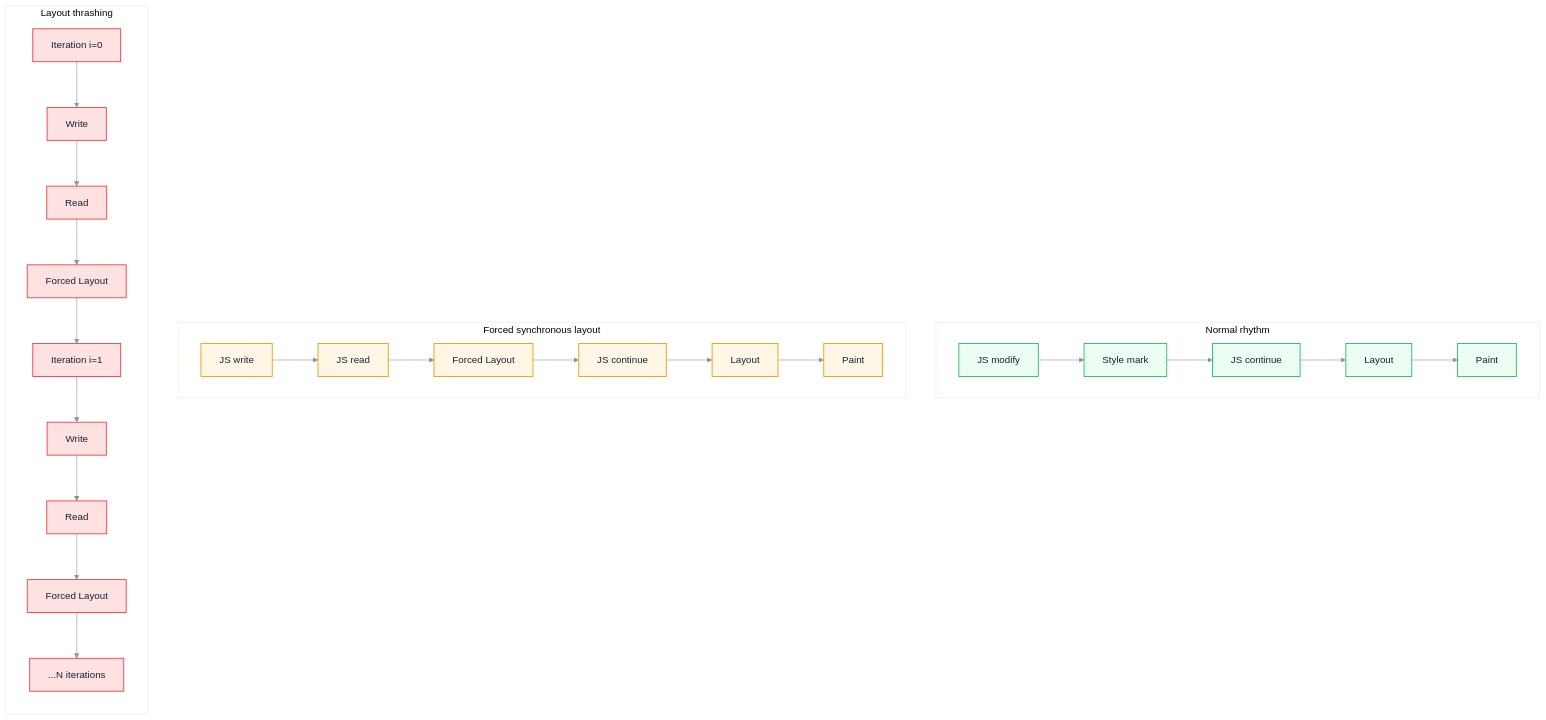
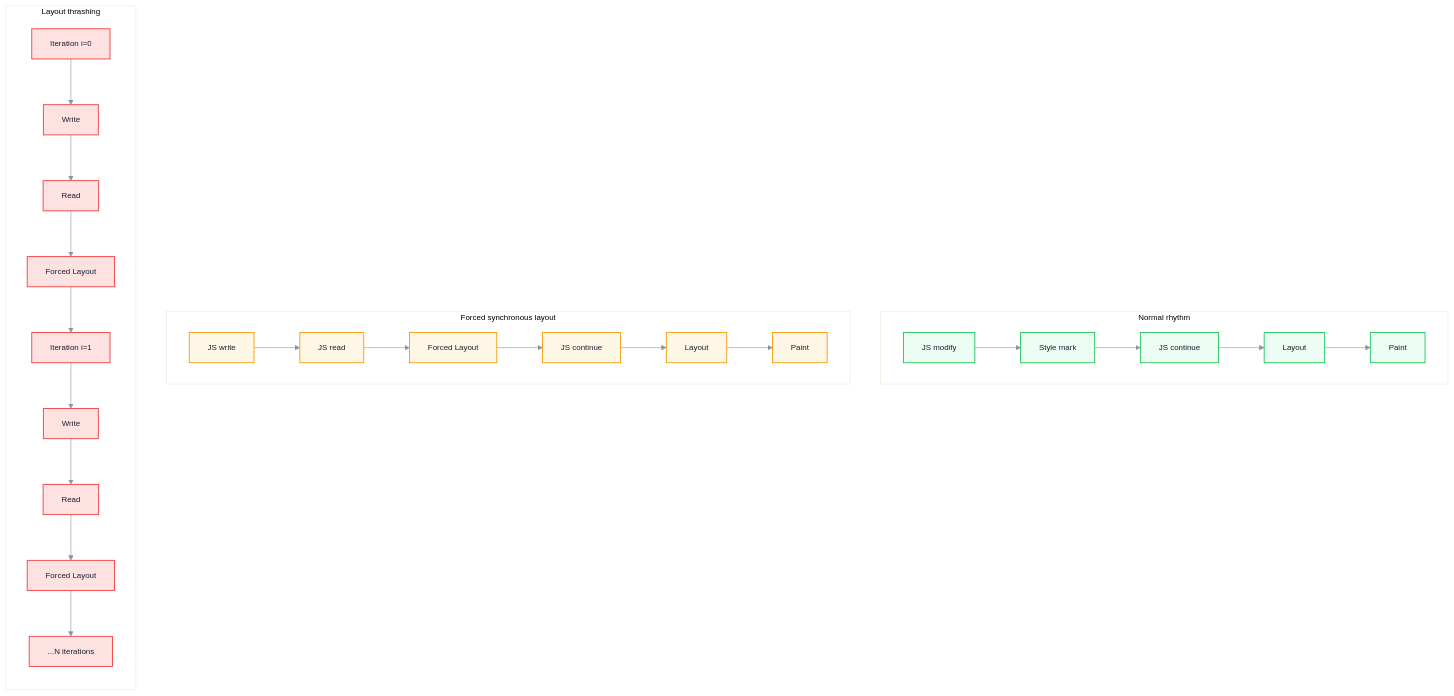
The first of 2 diagrams in docs/en/browser/layout-thrashing.md (Fatejian/frontier-vault), drawn with Mermaid before and after one commit. The commit also changed other lines of this file and 37 other files, not shown here.

````diff
--- a/docs/en/browser/layout-thrashing.md
+++ b/docs/en/browser/layout-thrashing.md
@@ -87,43 +87,43 @@
 ```mermaid
-%%{init: {'theme': 'base', 'themeVariables': { 'fontFamily': 'Inter, -apple-system, BlinkMacSystemFont, sans-serif', 'primaryColor': '#EEF6FF', 'primaryTextColor': '#172033', 'primaryBorderColor': '#6EA8FE', 'lineColor': '#8A94A6'}}}%%
+%%{init: {'theme': 'base', 'themeVariables': { 'fontFamily': 'Inter, -apple-system, BlinkMacSystemFont, sans-serif', 'primaryColor': '#EEF6FF', 'fontSize': '13px', 'primaryTextColor': '#172033', 'primaryBorderColor': '#6EA8FE', 'lineColor': '#8A94A6'}}}%%
 flowchart TB
     subgraph Normal[Normal rhythm]
         direction LR
         N1[JS modify] --> N2[Style mark]
         N2 --> N3[JS continue]
         N3 --> N4[Layout]
         N4 --> N5[Paint]
     end
 
     subgraph FSL[Forced synchronous layout]
         direction LR
         F1[JS write] --> F2[JS read]
         F2 --> F3[Forced Layout]
         F3 --> F4[JS continue]
         F4 --> F5[Layout]
         F5 --> F6[Paint]
     end
 
     subgraph Thrashing[Layout thrashing]
         direction TB
         T1["Iteration i=0"]
         T2[Write]
         T3[Read]
         T4[Forced Layout]
         T5["Iteration i=1"]
         T6[Write]
         T7[Read]
         T8[Forced Layout]
         T9["...N iterations"]
 
         T1 --> T2 --> T3 --> T4 --> T5 --> T6 --> T7 --> T8 --> T9
     end
 
     classDef normal fill:#ECFDF3,stroke:#22C55E,color:#172033,stroke-width:1.5px;
     classDef fsl fill:#FFF7E6,stroke:#F59E0B,color:#172033,stroke-width:1.5px;
     classDef thrash fill:#FEE2E2,stroke:#EF4444,color:#172033,stroke-width:1.5px;
 
     class N1,N2,N3,N4,N5 normal;
     class F1,F2,F3,F4,F5,F6 fsl;
     class T1,T2,T3,T4,T5,T6,T7,T8,T9 thrash;
 ```
````
